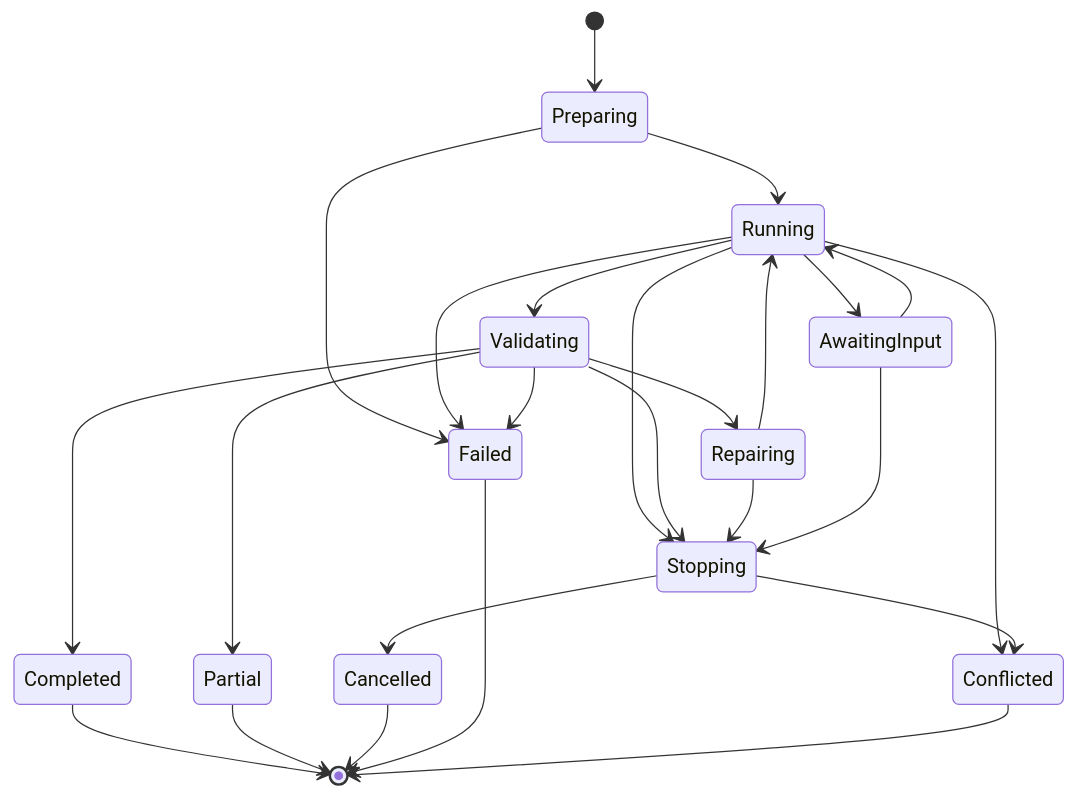
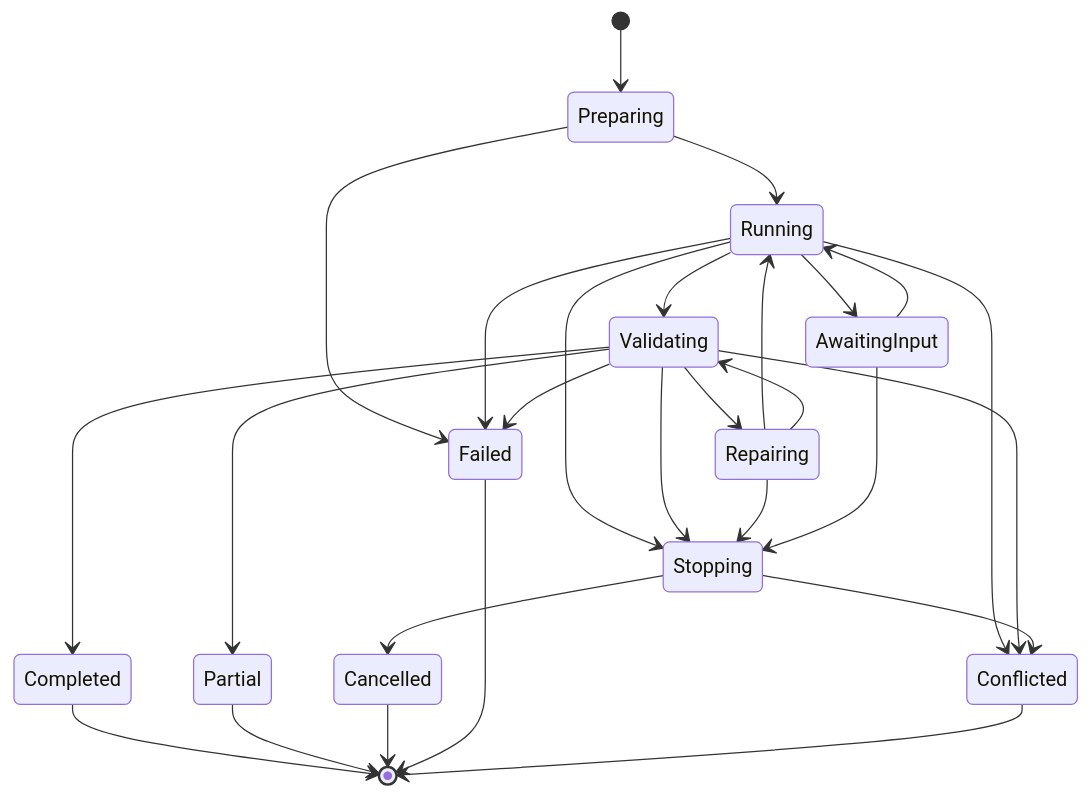
Before and after one commit to siteorigin/builder: the first of 2 diagrams in docs/specification-v0.1.md, drawn with Mermaid. The commit also changed other lines of this file and 4 other files, not shown here.

````diff
--- a/docs/specification-v0.1.md
+++ b/docs/specification-v0.1.md
@@ -603,27 +603,29 @@
 ```mermaid
 stateDiagram-v2
     [*] --> Preparing
     Preparing --> Running
     Running --> AwaitingInput
     AwaitingInput --> Running
     Running --> Validating
     Validating --> Repairing
     Repairing --> Running
+    Repairing --> Validating
     Validating --> Completed
     Validating --> Partial
     Running --> Stopping
     Validating --> Stopping
     Repairing --> Stopping
     AwaitingInput --> Stopping
     Stopping --> Cancelled
     Preparing --> Failed
     Running --> Failed
     Validating --> Failed
     Running --> Conflicted
+    Validating --> Conflicted
     Stopping --> Conflicted
     Completed --> [*]
     Partial --> [*]
     Cancelled --> [*]
     Failed --> [*]
     Conflicted --> [*]
 ```
````
